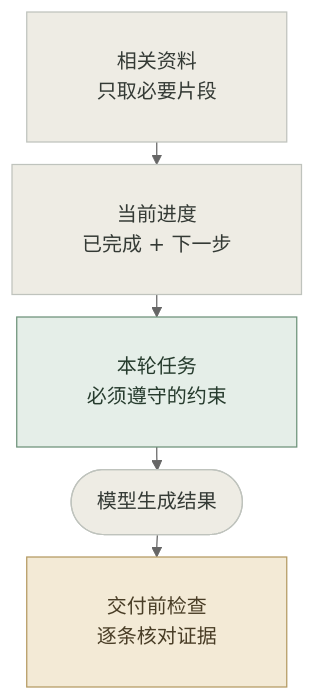
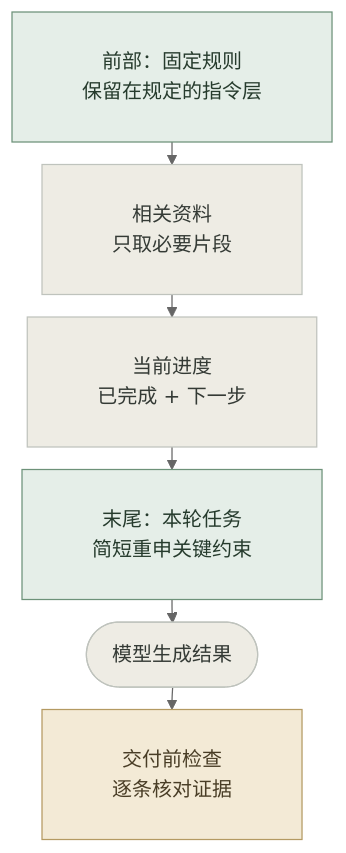
One commit to ALVIN-YANG/alvin-notes changed the diagram in src/content/docs/ai/long-context-reliability-notes.md. Above: the diagram before and after it, drawn with Mermaid (neutral theme). The commit also changed other lines of this file, not shown here.

````diff
--- a/src/content/docs/ai/long-context-reliability-notes.md
+++ b/src/content/docs/ai/long-context-reliability-notes.md
@@ -21,16 +23,17 @@
 ```mermaid
 %%{init: {"flowchart": {"padding": 28, "rankSpacing": 18}}}%%
 flowchart TB
     accTitle: 本轮任务材料的组织顺序
-    accDescr: 本轮输入依次放相关资料、当前进度、任务与关键约束；模型生成结果后，逐条核对证据。
-    A["相关资料<br/>只取必要片段"] --> B["当前进度<br/>已完成 + 下一步"]
-    B --> C["本轮任务<br/>必须遵守的约束"]
+    accDescr: 前部保留规定指令层中的固定规则，本轮材料只放相关资料与当前进度，末尾写本轮任务并简短重申关键约束；模型生成结果后逐条核对证据。这是可测试的起点，不保证适用于所有模型。
+    R["前部：固定规则<br/>保留在规定的指令层"] --> A["相关资料<br/>只取必要片段"]
+    A --> B["当前进度<br/>已完成 + 下一步"]
+    B --> C["末尾：本轮任务<br/>简短重申关键约束"]
     C --> M(["模型生成结果"])
     M --> D["交付前检查<br/>逐条核对证据"]
     classDef material fill:#eeece4,stroke:#bfc3bd,color:#343a35;
     classDef focus fill:#e5eee8,stroke:#6d9279,color:#263b2d;
     classDef check fill:#f3ead6,stroke:#b49a62,color:#493d26;
     class A,B,M material;
-    class C focus;
+    class R,C focus;
     class D check;
 ```
````
